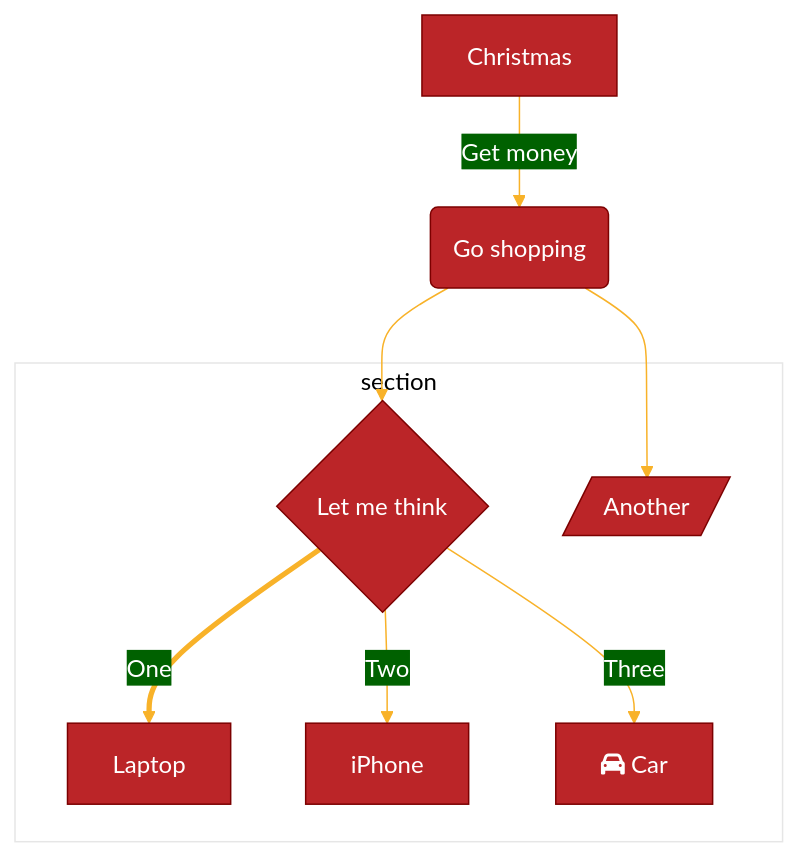
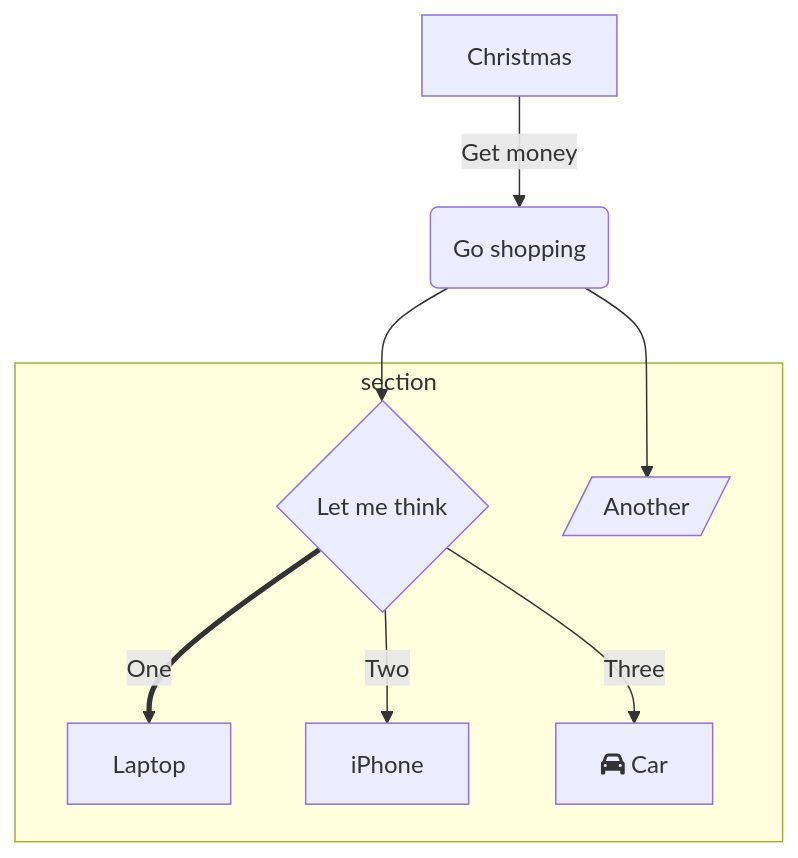
One commit to ImKrishnaMadala/ImKrishnaMadala changed the diagram in readme.md. Above: the diagram before and after it, drawn with Mermaid.

````diff
--- a/readme.md
+++ b/readme.md
@@ -1,30 +1,31 @@
 ```mermaid
 %%{
   init: {
     'theme': 'base',
     'themeVariables': {
       'primaryColor': '#BB2528',
       'primaryTextColor': '#fff',
       'primaryBorderColor': '#7C0000',
       'lineColor': '#F8B229',
       'secondaryColor': '#006100',
       'tertiaryColor': '#fff'
+      'backgroundColor': '#fff',
     }
   }
 }%%
         graph TD
           A[Christmas] -->|Get money| B(Go shopping)
           B --> C{Let me think}
           B --> G[/Another/]
           C ==>|One| D[Laptop]
           C -->|Two| E[iPhone]
           C -->|Three| F[fa:fa-car Car]
           subgraph section
             C
             D
             E
             F
             G
           end
 
 ```
````
